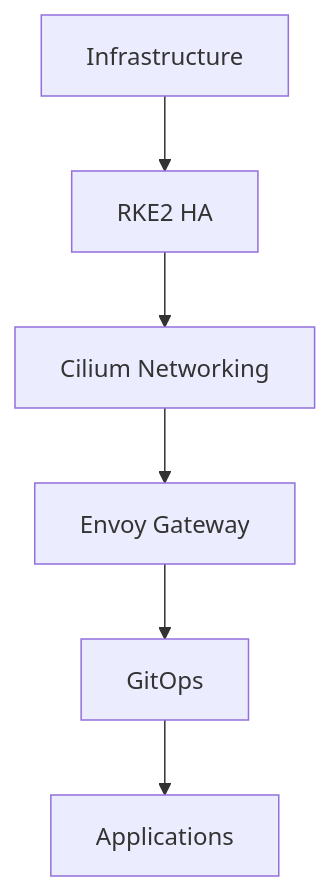
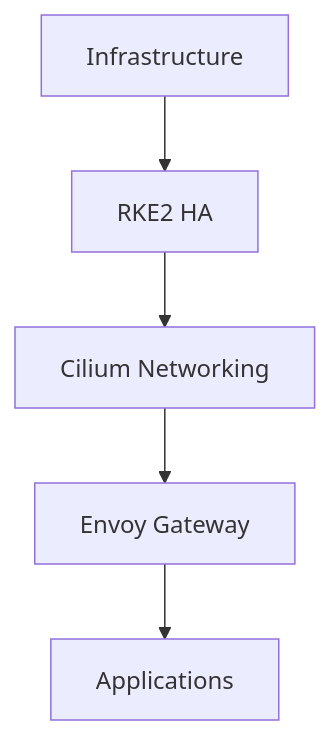
Before and after one commit to ahmed-sayed-devops/microservices-platform-gitops: diagram 15 of 16 in docs/03-gateway-api/README.md, drawn with Mermaid. The commit also changed other lines of this file, not shown here.

Commit message:
docs: improve Gateway API diagrams

````diff
--- a/docs/03-gateway-api/README.md
+++ b/docs/03-gateway-api/README.md
@@ -925,15 +961,13 @@
 ```mermaid
 graph TD
     Infrastructure[Infrastructure]
     RKE2[RKE2 HA]
     Cilium[Cilium Networking]
     Gateway[Envoy Gateway]
-    GitOps[GitOps]
     Applications[Applications]
 
     Infrastructure --> RKE2
     RKE2 --> Cilium
     Cilium --> Gateway
-    Gateway --> GitOps
-    GitOps --> Applications
+    Gateway --> Applications
 ```
````
